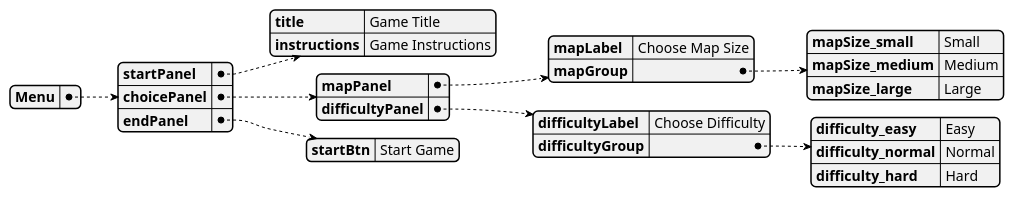
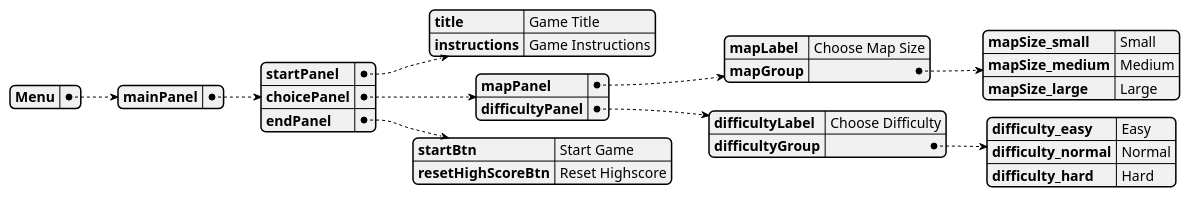
The diagram in docs/puml/menuUI.puml (ShaheerSharif/snake-game-4th-sem), drawn with PlantUML before and after one commit. The commit also changed 26 other files, not shown here.

```diff
--- a/docs/puml/menuUI.puml
+++ b/docs/puml/menuUI.puml
@@ -1,26 +1,28 @@
 @startyaml menuUI
     
     Menu:
-        startPanel:
-            title: "Game Title"
-            instructions: "Game Instructions"
+        mainPanel:
+            startPanel:
+                title: "Game Title"
+                instructions: "Game Instructions"
 
-        choicePanel:
-            mapPanel:
-                mapLabel: "Choose Map Size"
-                mapGroup:
-                    mapSize_small: "Small"
-                    mapSize_medium: "Medium"
-                    mapSize_large: "Large"
+            choicePanel:
+                mapPanel:
+                    mapLabel: "Choose Map Size"
+                    mapGroup:
+                        mapSize_small: "Small"
+                        mapSize_medium: "Medium"
+                        mapSize_large: "Large"
 
-            difficultyPanel:
-                difficultyLabel: "Choose Difficulty"
-                difficultyGroup:
-                    difficulty_easy: "Easy"
-                    difficulty_normal: "Normal"
-                    difficulty_hard: "Hard"
+                difficultyPanel:
+                    difficultyLabel: "Choose Difficulty"
+                    difficultyGroup:
+                        difficulty_easy: "Easy"
+                        difficulty_normal: "Normal"
+                        difficulty_hard: "Hard"
 
-        endPanel:
-            startBtn: "Start Game"
+            endPanel:
+                startBtn: "Start Game"
+                resetHighScoreBtn: "Reset Highscore"
 
 @endyaml
```
